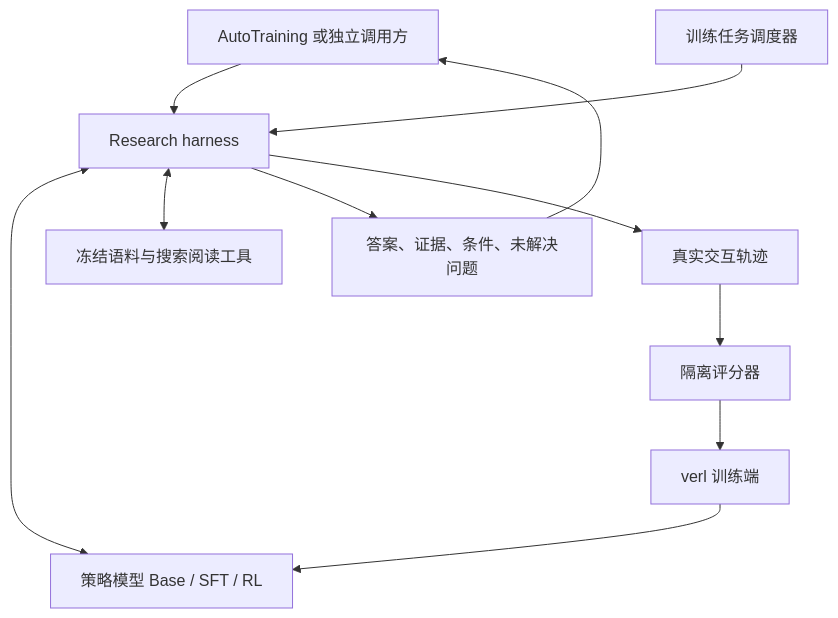
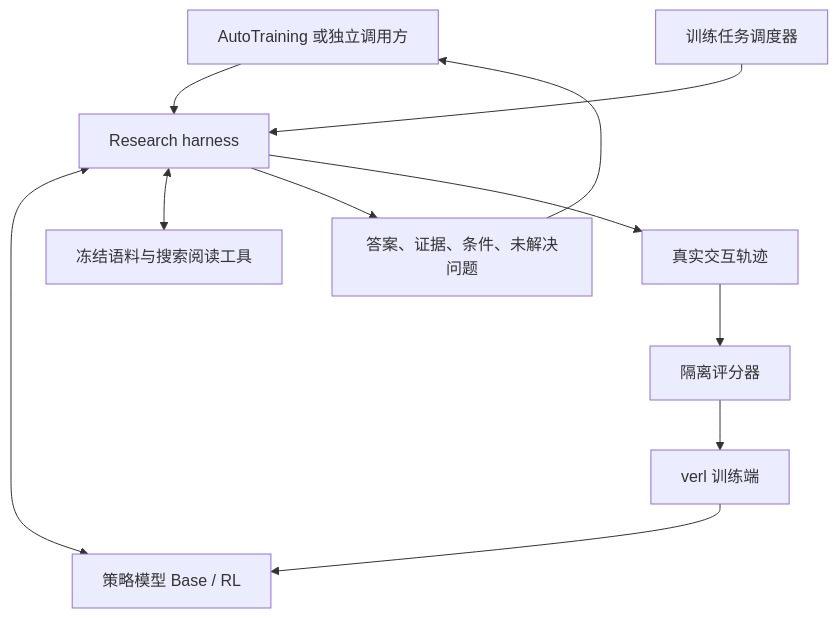
One commit to xychen0335/Research-Agent changed the diagram in docs/research/PLAN.md. Above: the diagram before and after it, drawn with Mermaid. The commit also changed other lines of this file and 50 other files, not shown here.

````diff
--- a/docs/research/PLAN.md
+++ b/docs/research/PLAN.md
@@ -33,13 +33,13 @@
 ```mermaid
 flowchart TD
     A[AutoTraining 或独立调用方] --> H[Research harness]
     T[训练任务调度器] --> H
-    H <--> P[策略模型 Base / SFT / RL]
+    H <--> P[策略模型 Base / RL]
     H <--> E[冻结语料与搜索阅读工具]
     H --> O[答案、证据、条件、未解决问题]
     O --> A
     H --> L[真实交互轨迹]
     L --> G[隔离评分器]
     G --> R[verl 训练端]
     R --> P
 ```
````
